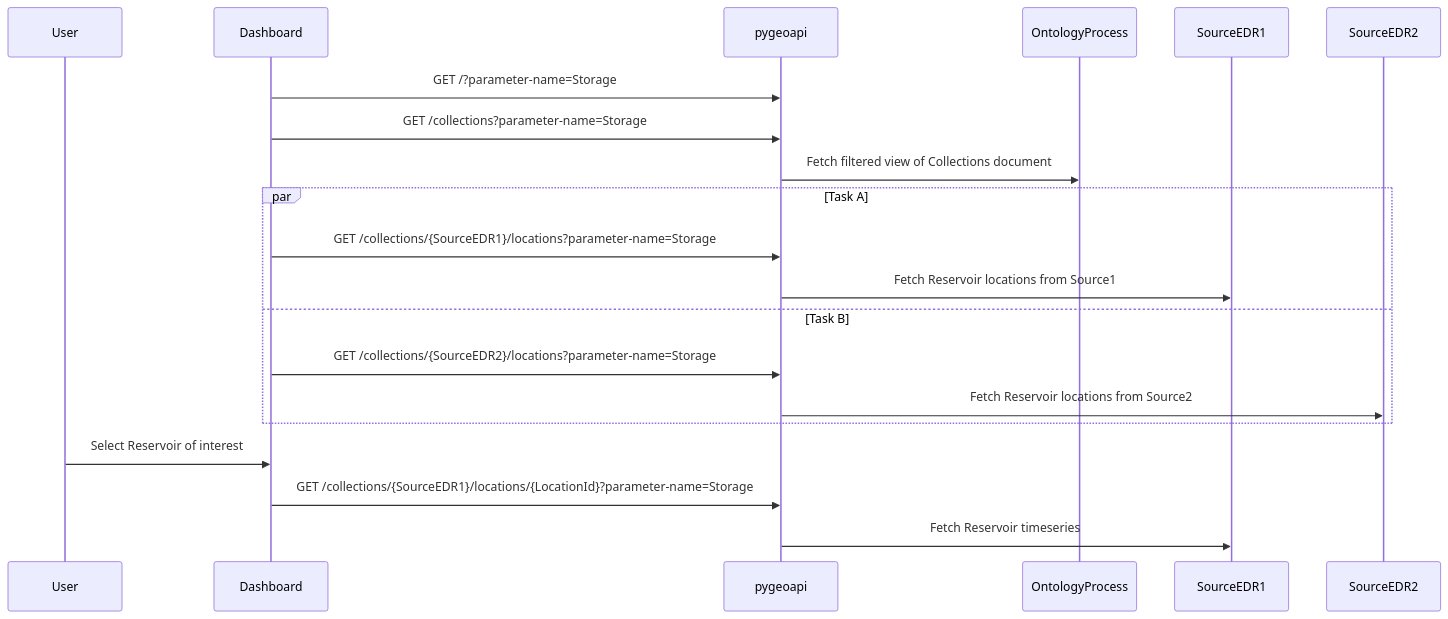
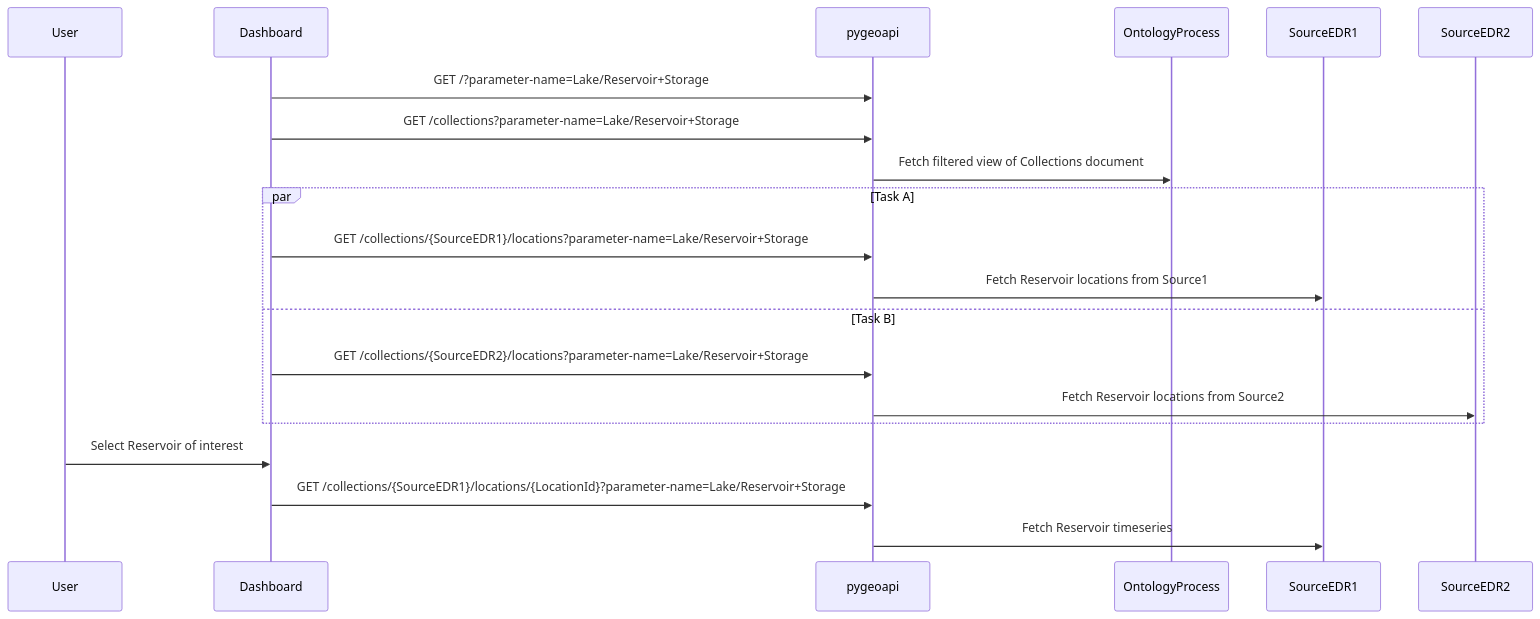
The third of 4 diagrams in docs/ontology.md (internetofwater/Western-Water-Datahub), drawn with Mermaid before and after one commit. The commit also changed other lines of this file and 7 other files, not shown here.

````diff
--- a/docs/ontology.md
+++ b/docs/ontology.md
@@ -52,28 +52,28 @@
 ```mermaid
 sequenceDiagram
     participant User
     participant Dashboard
     participant pygeoapi
     participant OntologyProcess
     participant SourceEDR1
     participant SourceEDR2
 
     %% Initial discovery via process execution
-    Dashboard->>pygeoapi: GET /?parameter-name=Storage
-    Dashboard->>pygeoapi: GET /collections?parameter-name=Storage
+    Dashboard->>pygeoapi: GET /?parameter-name=Lake/Reservoir+Storage
+    Dashboard->>pygeoapi: GET /collections?parameter-name=Lake/Reservoir+Storage
     pygeoapi->>OntologyProcess: Fetch filtered view of Collections document
 
     %% Loop over URLs to GeoJSON of Reservoirs
     par Task A
-        Dashboard->>pygeoapi: GET /collections/{SourceEDR1}/locations?parameter-name=Storage
+        Dashboard->>pygeoapi: GET /collections/{SourceEDR1}/locations?parameter-name=Lake/Reservoir+Storage
         pygeoapi->>SourceEDR1: Fetch Reservoir locations from Source1
     and Task B
-        Dashboard->>pygeoapi: GET /collections/{SourceEDR2}/locations?parameter-name=Storage
+        Dashboard->>pygeoapi: GET /collections/{SourceEDR2}/locations?parameter-name=Lake/Reservoir+Storage
         pygeoapi->>SourceEDR2: Fetch Reservoir locations from Source2
 
     end
 
     User->>Dashboard: Select Reservoir of interest
-    Dashboard->>pygeoapi: GET /collections/{SourceEDR1}/locations/{LocationId}?parameter-name=Storage
+    Dashboard->>pygeoapi: GET /collections/{SourceEDR1}/locations/{LocationId}?parameter-name=Lake/Reservoir+Storage
     pygeoapi->>SourceEDR1: Fetch Reservoir timeseries
 ```
````
